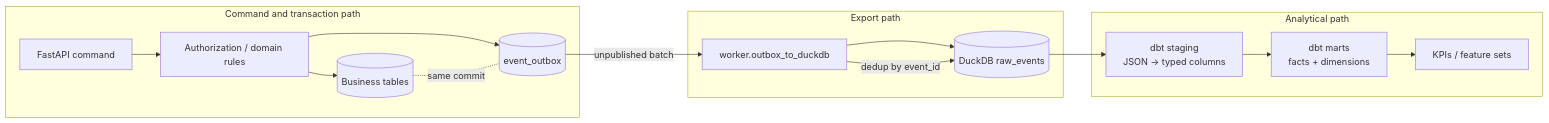
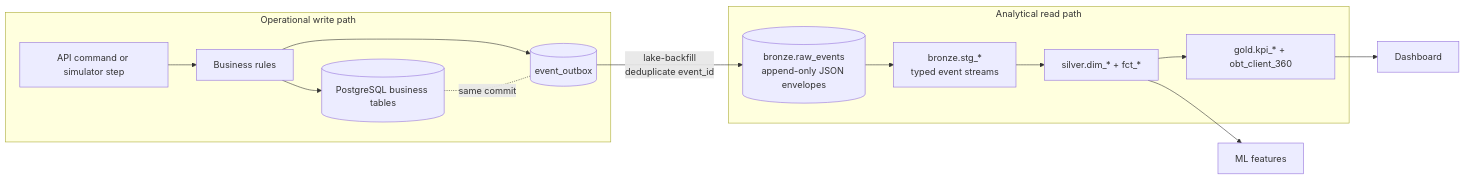
The eighth of 11 diagrams in README.md (Ratarca/card-data-lab), drawn with Mermaid before and after one commit. The commit also changed other lines of this file and 18 other files, not shown here.

````diff
--- a/README.md
+++ b/README.md
@@ -282,27 +268,21 @@
 ```mermaid
 flowchart LR
-    subgraph COMMAND["Command and transaction path"]
-        API["FastAPI command"]
-        RULES["Authorization / domain rules"]
-        STATE[("Business tables")]
-        OUTBOX[("event_outbox")]
-        API --> RULES --> STATE
-        RULES --> OUTBOX
-        STATE -. same commit .- OUTBOX
+    subgraph Operational["Operational write path"]
+        COMMAND["API command or simulator step"] --> RULES["Business rules"]
+        RULES --> STATE[("PostgreSQL business tables")]
+        RULES --> OUTBOX[("event_outbox")]
+        STATE -. "same commit" .- OUTBOX
     end
 
-    subgraph EXPORT["Export path"]
-        WORKER["worker.outbox_to_duckdb"]
-        RAW[("DuckDB raw_events")]
-        WORKER --> RAW
+    subgraph Warehouse["Analytical read path"]
+        RAW[("bronze.raw_events\nappend-only JSON envelopes")]
+        STG["bronze.stg_*\ntyped event streams"]
+        MARTS["silver.dim_* + fct_*"]
+        PRODUCTS["gold.kpi_* + obt_client_360"]
+        RAW --> STG --> MARTS --> PRODUCTS
     end
 
-    subgraph MODEL["Analytical path"]
-        STAGING["dbt staging\nJSON → typed columns"]
-        MARTS["dbt marts\nfacts + dimensions"]
-        OUTPUTS["KPIs / feature sets"]
-        STAGING --> MARTS --> OUTPUTS
-    end
-
-    OUTBOX -->|unpublished batch| WORKER -->|dedup by event_id| RAW --> STAGING
+    OUTBOX -->|"lake-backfill\ndeduplicate event_id"| RAW
+    PRODUCTS --> DASH["Dashboard"]
+    MARTS --> ML["ML features"]
 ```
````
